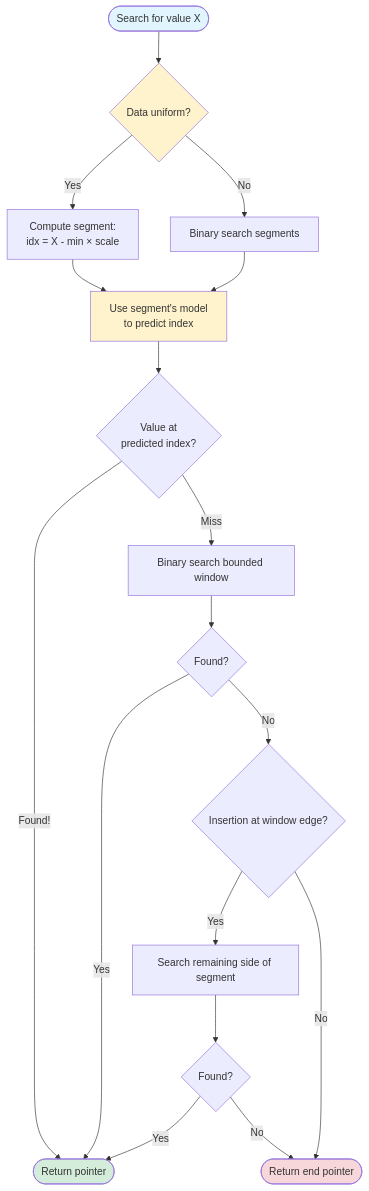
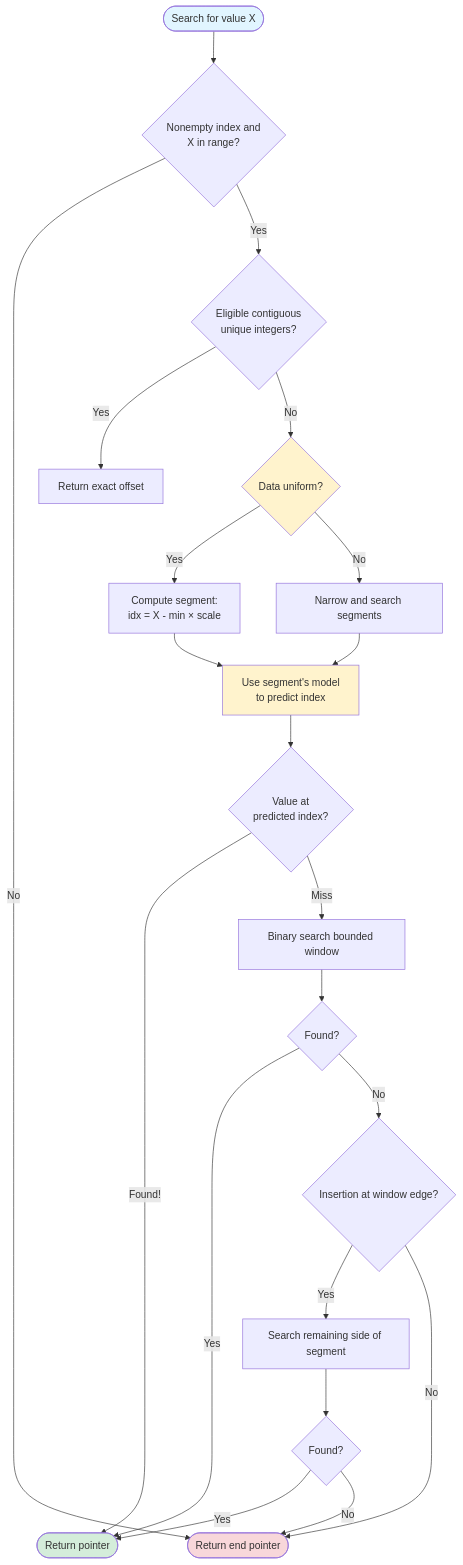
Before and after one commit to mattyv/JazzyIndex: the second of 2 diagrams in README.md, drawn with Mermaid. The commit also changed other lines of this file and 6 other files, not shown here.

````diff
--- a/README.md
+++ b/README.md
@@ -140,28 +153,32 @@
 ```mermaid
 flowchart TD
-    Start([Search for value X]) --> Uniform{Data uniform?}
+    Start([Search for value X]) --> Bounds{Nonempty index and<br/>X in range?}
+    Bounds -->|No| NotFound
+    Bounds -->|Yes| Dense{Eligible contiguous<br/>unique integers?}
+    Dense -->|Yes| Offset[Return exact offset]
+    Dense -->|No| Uniform{Data uniform?}
 
     Uniform -->|Yes| ArithSeg[Compute segment: <br/>idx = X - min × scale]
-    Uniform -->|No| BinSeg[Binary search segments]
+    Uniform -->|No| BinSeg[Narrow and search segments]
 
     ArithSeg --> Predict
     BinSeg --> Predict[Use segment's model<br/>to predict index]
 
     Predict --> Check1{Value at<br/>predicted index?}
     Check1 -->|Found!| Success([Return pointer])
     Check1 -->|Miss| Window[Binary search bounded window]
     Window --> Check2{Found?}
     Check2 -->|Yes| Success
     Check2 -->|No| Edge{Insertion at window edge?}
     Edge -->|Yes| Fallback[Search remaining side of segment]
     Edge -->|No| NotFound([Return end pointer])
     Fallback --> Final{Found?}
     Final -->|Yes| Success
     Final -->|No| NotFound
 
     style Start fill:#e1f5ff
     style Success fill:#d4edda
     style NotFound fill:#f8d7da
     style Predict fill:#fff3cd
     style Uniform fill:#fff3cd
 ```
````
